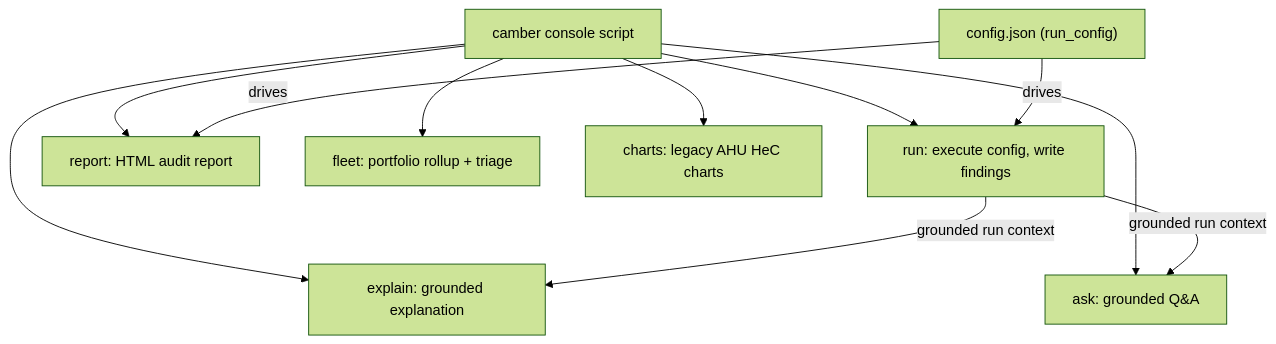
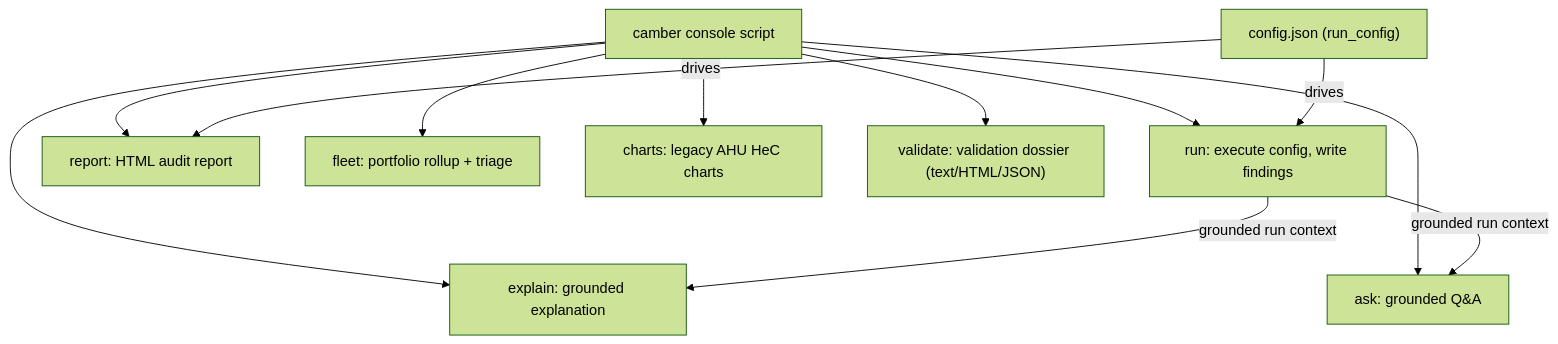
One commit to yroussev/camber changed the diagram in docs/CLI.md. Above: the diagram before and after it, drawn with Mermaid (forest theme). The commit also changed other lines of this file and 10 other files, not shown here.

````diff
--- a/docs/CLI.md
+++ b/docs/CLI.md
@@ -21,15 +22,16 @@
 ```mermaid
 flowchart TD
   camber["camber console script"]
   cfg["config.json (run_config)"]
   camber --> run["run: execute config, write findings"]
   camber --> report["report: HTML audit report"]
   camber --> explain["explain: grounded explanation"]
   camber --> ask["ask: grounded Q&A"]
   camber --> fleet["fleet: portfolio rollup + triage"]
   camber --> charts["charts: legacy AHU HeC charts"]
+  camber --> validate["validate: validation dossier (text/HTML/JSON)"]
   cfg -- "drives" --> run
   cfg -- "drives" --> report
   run -- "grounded run context" --> explain
   run -- "grounded run context" --> ask
 ```
````
